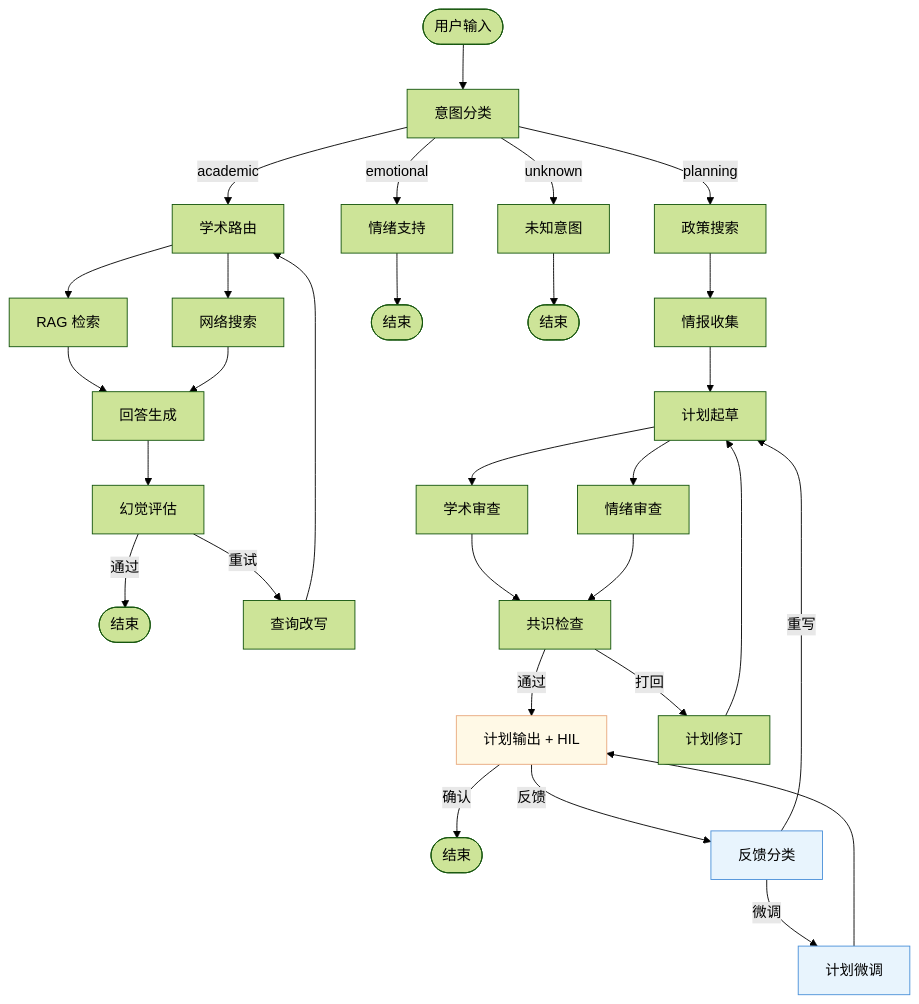
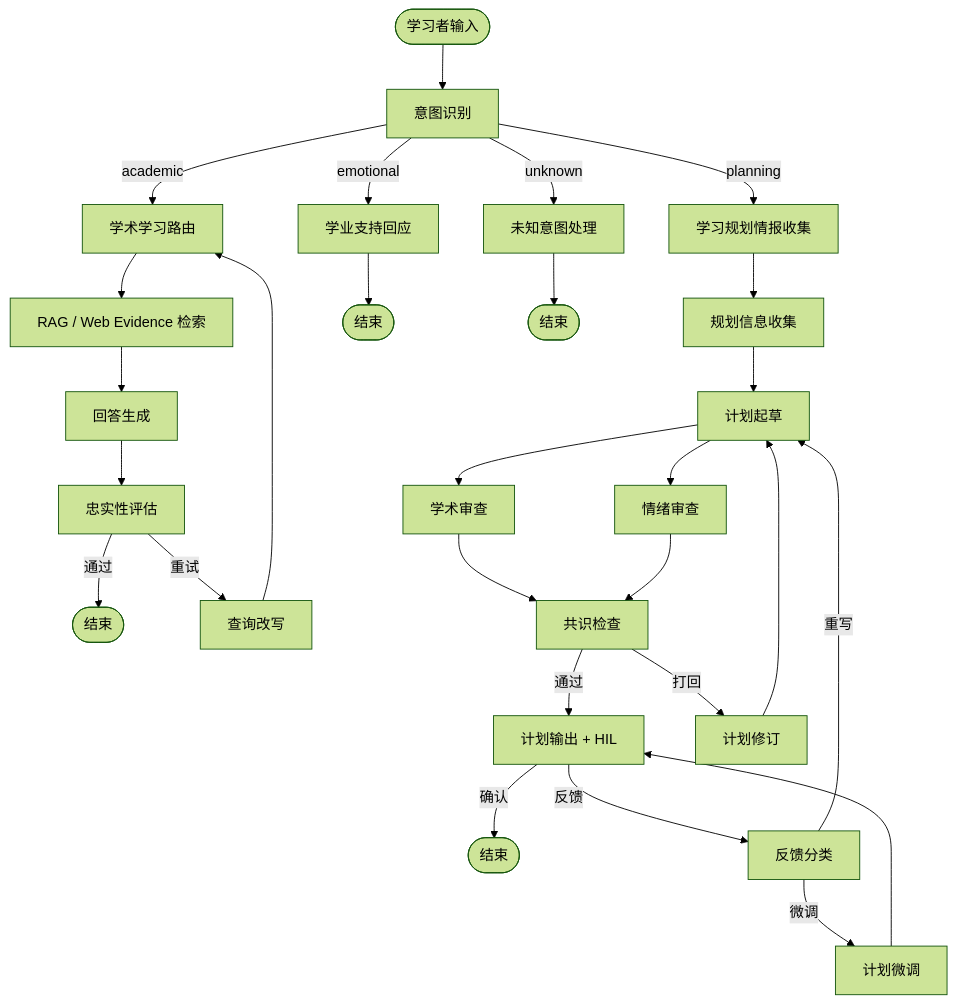
One commit to kyle-1227/A3_study_agent changed the diagram in README.md. Above: the diagram before and after it, drawn with Mermaid (forest theme). The commit also changed other lines of this file and 14 other files, not shown here.

````diff
--- a/README.md
+++ b/README.md
@@ -91,46 +41,35 @@
 ```mermaid
 graph TD
-  START([用户输入]) --> supervisor[意图分类]
+  START([学习者输入]) --> supervisor[意图识别]
 
-  supervisor -->|academic| academic_router[学术路由]
-  supervisor -->|planning| search_policy[政策搜索]
-  supervisor -->|emotional| emotional_response[情绪支持]
-  supervisor -->|unknown| handle_unknown[未知意图]
+  supervisor -->|academic| academic_router[学术学习路由]
+  supervisor -->|planning| search_policy[学习规划情报收集]
+  supervisor -->|emotional| emotional_response[学业支持回应]
+  supervisor -->|unknown| handle_unknown[未知意图处理]
 
-  %% Academic branch
-  academic_router --> rag_retrieve[RAG 检索]
-  academic_router --> web_search[网络搜索]
+  academic_router --> rag_retrieve[RAG / Web Evidence 检索]
   rag_retrieve --> generate_answer[回答生成]
-  web_search --> generate_answer
-  generate_answer --> evaluate_hallucination[幻觉评估]
+  generate_answer --> evaluate_hallucination[忠实性评估]
   evaluate_hallucination -->|通过| END_A([结束])
   evaluate_hallucination -->|重试| rewrite_query[查询改写]
   rewrite_query --> academic_router
 
-  %% Planning branch
-  search_policy --> gather_intel[情报收集]
+  search_policy --> gather_intel[规划信息收集]
   gather_intel --> drafter[计划起草]
   drafter --> reviewer_academic[学术审查]
   drafter --> reviewer_emotional[情绪审查]
   reviewer_academic --> consensus_check[共识检查]
   reviewer_emotional --> consensus_check
   consensus_check -->|通过| plan_output[计划输出 + HIL]
   consensus_check -->|打回| adv_rewrite[计划修订]
   adv_rewrite --> drafter
 
-  %% HIL feedback loop
   plan_output -->|确认| END_P([结束])
   plan_output -->|反馈| feedback_router[反馈分类]
   feedback_router -->|微调| plan_tweak[计划微调]
   feedback_router -->|重写| drafter
   plan_tweak --> plan_output
 
-  %% Terminal nodes
   emotional_response --> END_E([结束])
   handle_unknown --> END_U([结束])
-
-  %% Styling
-  style plan_output fill:#FFF9E6,stroke:#E8A87C
-  style feedback_router fill:#E8F4FD,stroke:#4A90D9
-  style plan_tweak fill:#E8F4FD,stroke:#4A90D9
 ```
````
